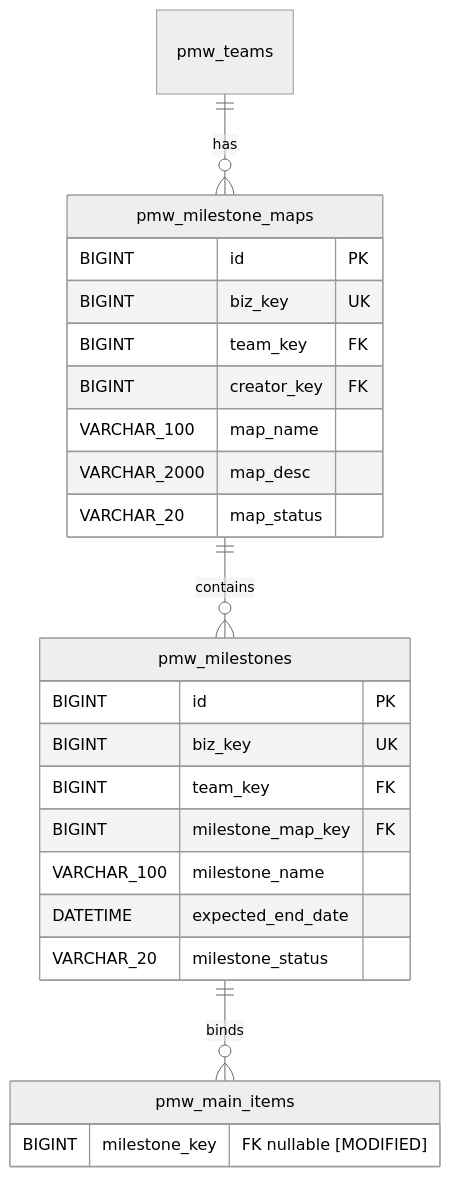
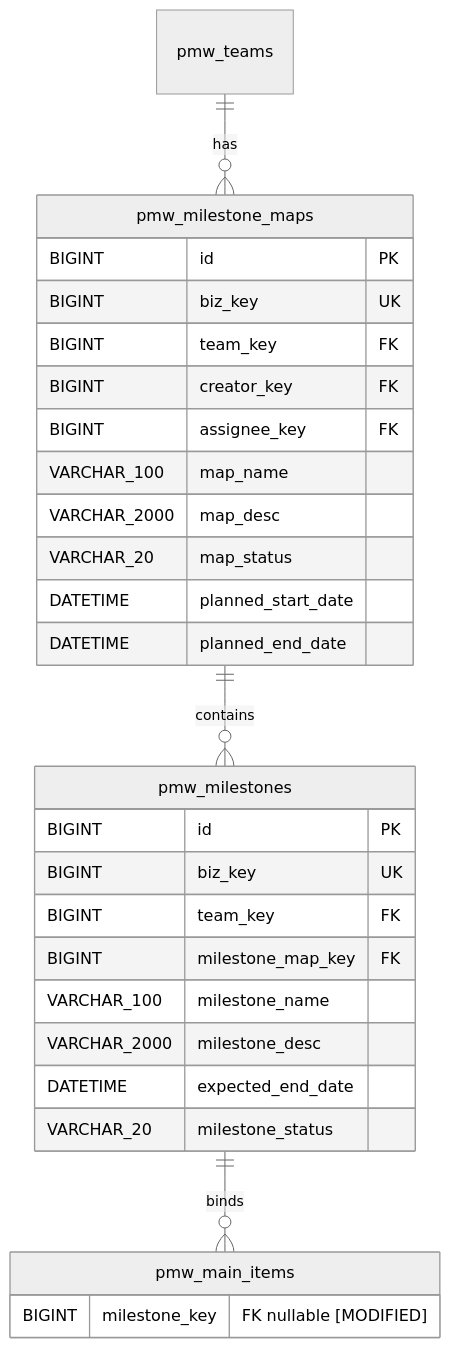
One commit to bigfaner/pm-work-tracker changed the diagram in docs/features/milestone-map/design/er-diagram.md. Above: the diagram before and after it, drawn with Mermaid (neutral theme). The commit also changed other lines of this file and 4 other files, not shown here.

````diff
--- a/docs/features/milestone-map/design/er-diagram.md
+++ b/docs/features/milestone-map/design/er-diagram.md
@@ -10,30 +10,34 @@
 ```mermaid
 erDiagram
     pmw_teams ||--o{ pmw_milestone_maps : "has"
     pmw_milestone_maps ||--o{ pmw_milestones : "contains"
     pmw_milestones ||--o{ pmw_main_items : "binds"
 
     pmw_milestone_maps {
         BIGINT id PK
         BIGINT biz_key UK
         BIGINT team_key FK
         BIGINT creator_key FK
+        BIGINT assignee_key FK
         VARCHAR_100 map_name
         VARCHAR_2000 map_desc
         VARCHAR_20 map_status
+        DATETIME planned_start_date
+        DATETIME planned_end_date
     }
 
     pmw_milestones {
         BIGINT id PK
         BIGINT biz_key UK
         BIGINT team_key FK
         BIGINT milestone_map_key FK
         VARCHAR_100 milestone_name
+        VARCHAR_2000 milestone_desc
         DATETIME expected_end_date
         VARCHAR_20 milestone_status
     }
 
     pmw_main_items {
         BIGINT milestone_key "FK nullable [MODIFIED]"
     }
 ```
````
